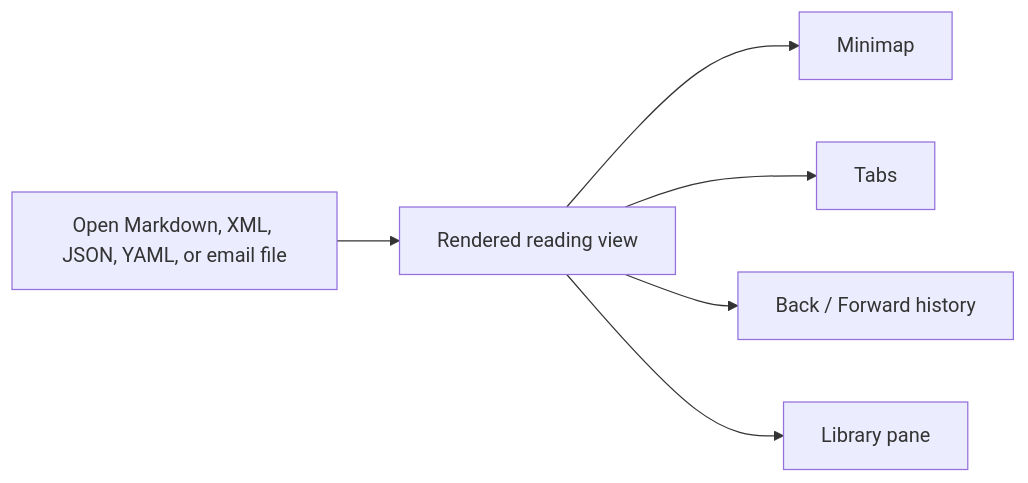
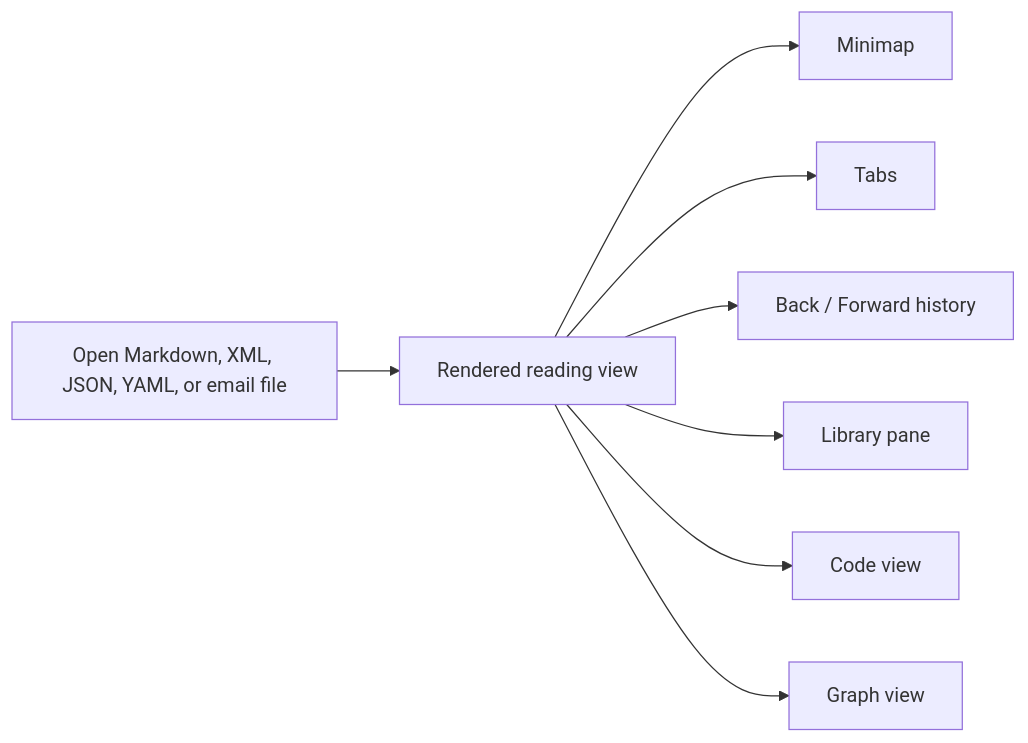
The diagram in docs/01-introduction.md (ryanallen/leaftext), drawn with Mermaid before and after one commit. The commit also changed other lines of this file and 34 other files, not shown here.

````diff
--- a/docs/01-introduction.md
+++ b/docs/01-introduction.md
@@ -43,8 +72,10 @@
 ```mermaid
 flowchart LR
     A[Open Markdown, XML, JSON, YAML, or email file] --> B[Rendered reading view]
     B --> C[Minimap]
     B --> D[Tabs]
     B --> E[Back / Forward history]
     B --> F[Library pane]
+    B --> G[Code view]
+    B --> H[Graph view]
 ```
````
